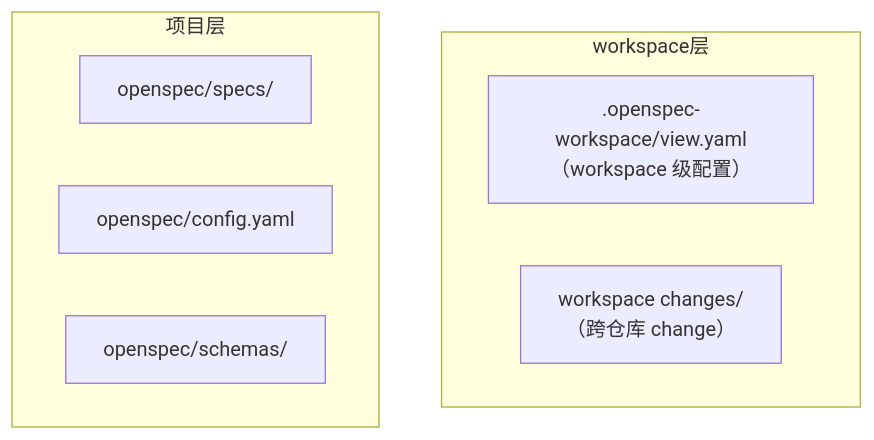
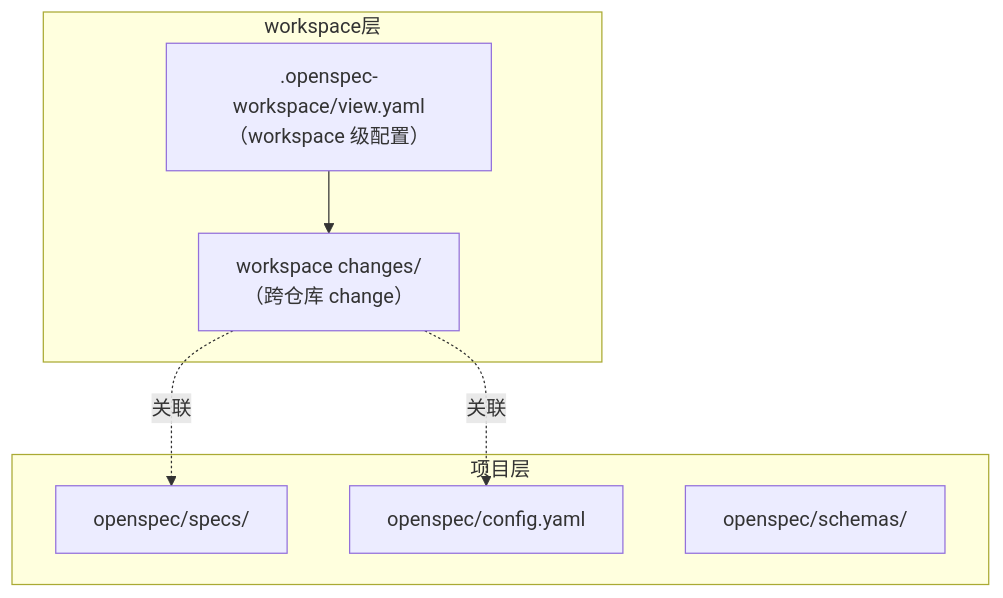
The second of 2 diagrams in _openspec_handbook/04-高级-config-schema-与项目边界.md (ethan-jiang-3/OpenSpec), drawn with Mermaid before and after one commit. The commit also changed other lines of this file and 17 other files, not shown here.

````diff
--- a/_openspec_handbook/04-高级-config-schema-与项目边界.md
+++ b/_openspec_handbook/04-高级-config-schema-与项目边界.md
@@ -341,12 +328,15 @@
 ```mermaid
 graph TB
     subgraph workspace层
     W[".openspec-workspace/view.yaml<br/>（workspace 级配置）"]
     WC["workspace changes/<br/>（跨仓库 change）"]
     end
     subgraph 项目层
     A["openspec/specs/"]
     B["openspec/config.yaml"]
     C["openspec/schemas/"]
     end
+    W --> WC
+    WC -.关联.-> A
+    WC -.关联.-> B
 ```
````
